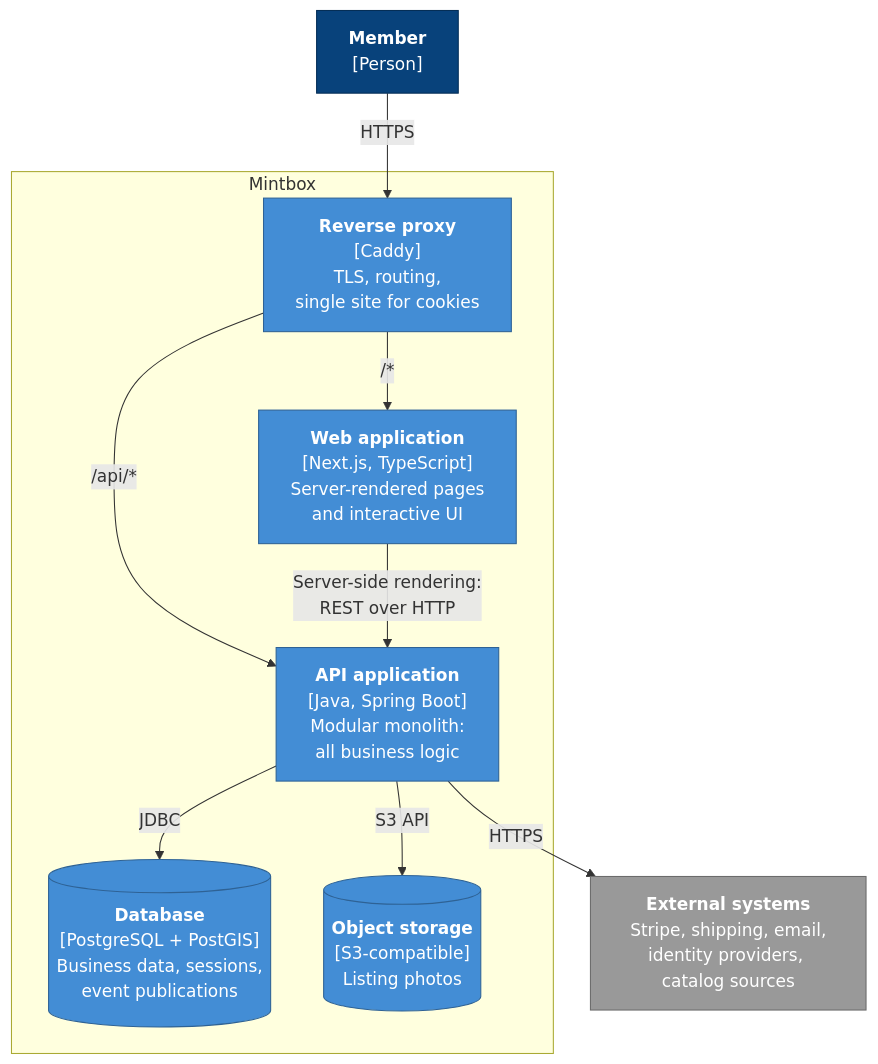
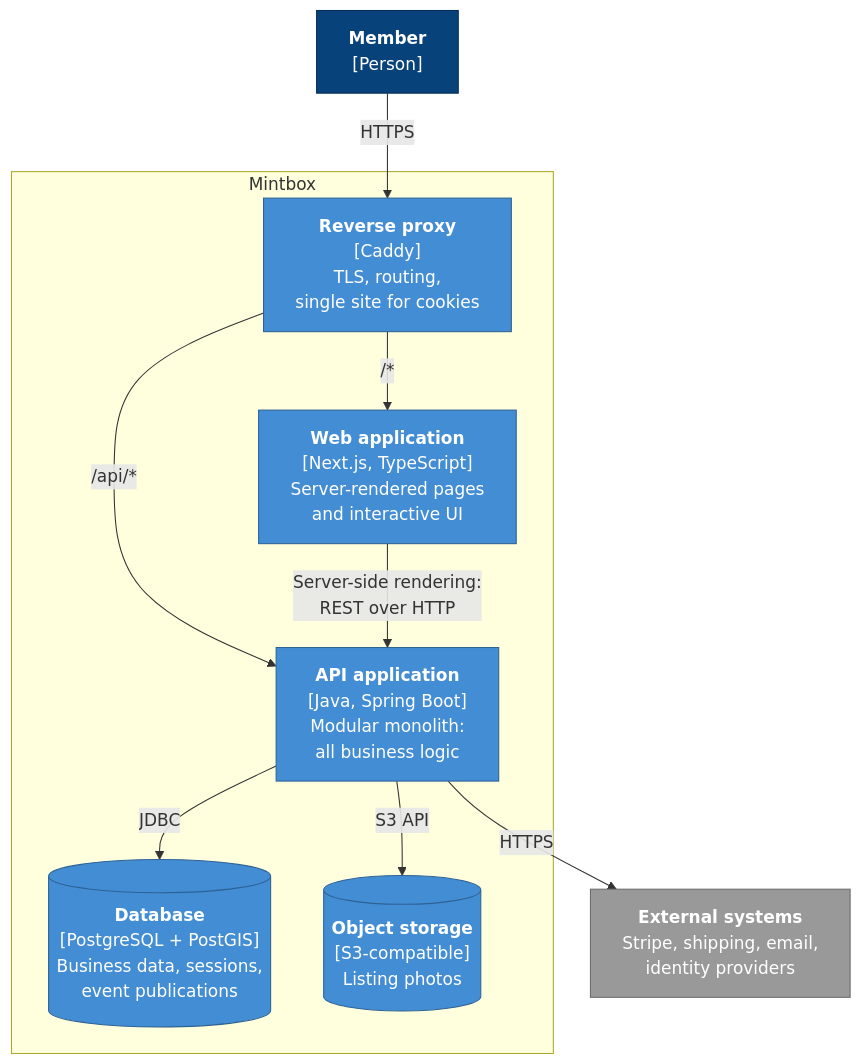
The second of 2 diagrams in docs/architecture/README.md (EnzoGrn/mintbox), drawn with Mermaid before and after one commit. The commit also changed other lines of this file and 3 other files, not shown here.

````diff
--- a/docs/architecture/README.md
+++ b/docs/architecture/README.md
@@ -56,29 +59,29 @@
 ```mermaid
 flowchart TB
     member["<b>Member</b><br/>[Person]"]
 
     subgraph mintbox ["Mintbox"]
         proxy["<b>Reverse proxy</b><br/>[Caddy]<br/>TLS, routing,<br/>single site for cookies"]
         web["<b>Web application</b><br/>[Next.js, TypeScript]<br/>Server-rendered pages<br/>and interactive UI"]
         api["<b>API application</b><br/>[Java, Spring Boot]<br/>Modular monolith:<br/>all business logic"]
         db[("<b>Database</b><br/>[PostgreSQL + PostGIS]<br/>Business data, sessions,<br/>event publications")]
         storage[("<b>Object storage</b><br/>[S3-compatible]<br/>Listing photos")]
     end
 
-    external["<b>External systems</b><br/>Stripe, shipping, email,<br/>identity providers, catalog sources"]
+    external["<b>External systems</b><br/>Stripe, shipping, email,<br/>identity providers"]
 
     member -- "HTTPS" --> proxy
     proxy -- "/*" --> web
     proxy -- "/api/*" --> api
     web -- "Server-side rendering:<br/>REST over HTTP" --> api
     api -- "JDBC" --> db
     api -- "S3 API" --> storage
     api -- "HTTPS" --> external
 
     classDef person fill:#08427b,stroke:#052e56,color:#fff
     classDef container fill:#438dd5,stroke:#2e6295,color:#fff
     classDef external fill:#999,stroke:#6b6b6b,color:#fff
     class member person
     class proxy,web,api,db,storage container
     class external external
 ```
````
